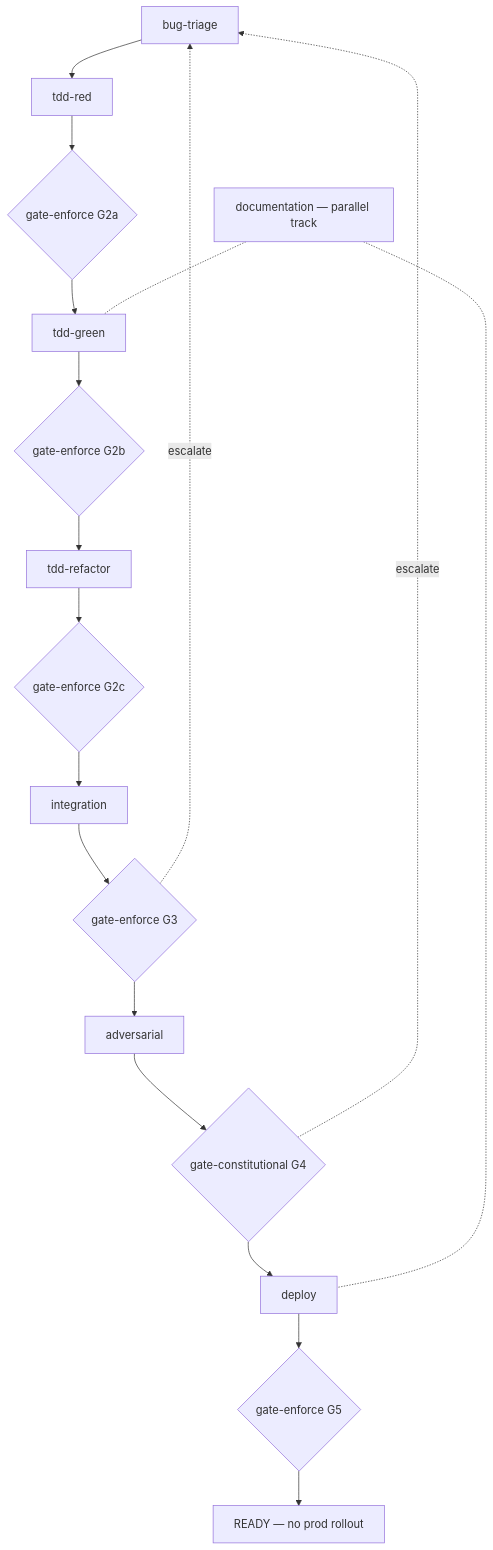
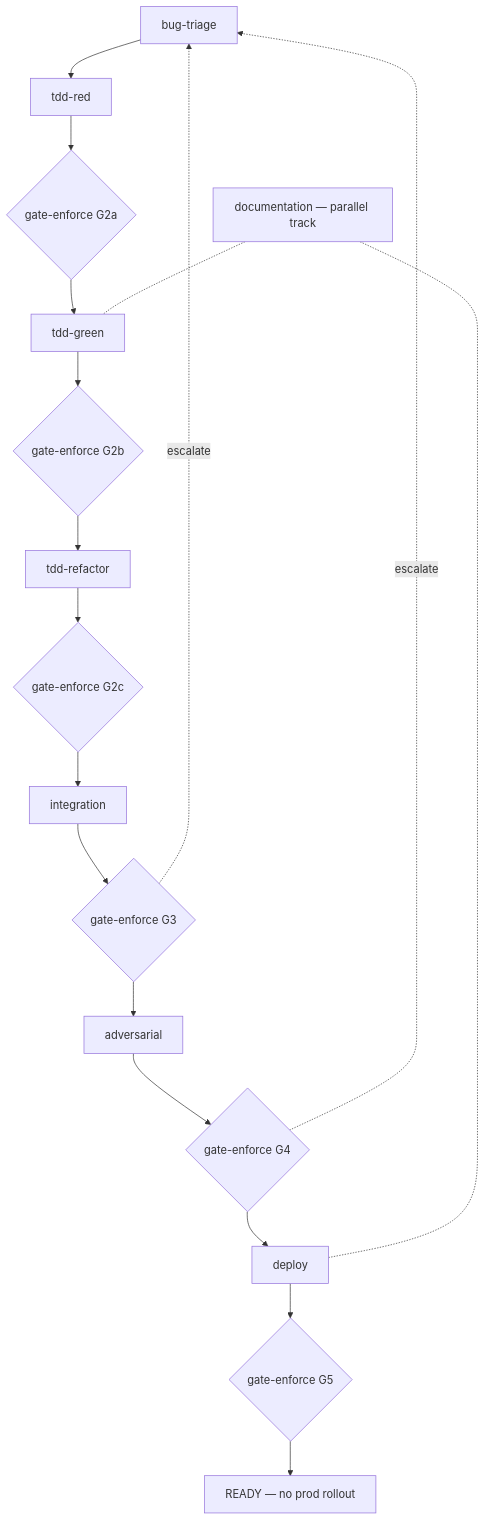
One commit to mark-satterfield/toolset changed the fourth of 4 diagrams in plugins/agent-teams-workforce/AGENT-TEAMS-WORKFORCE.md. Above: the diagram before and after it, drawn with Mermaid. The commit also changed other lines of this file and 67 other files, not shown here.

First line of the commit message:
docs(workforce): agent charters and pipeline docs match the trimmed workflows

````diff
--- a/plugins/agent-teams-workforce/AGENT-TEAMS-WORKFORCE.md
+++ b/plugins/agent-teams-workforce/AGENT-TEAMS-WORKFORCE.md
@@ -129,22 +127,22 @@
 ```mermaid
 graph TD
   TRI[bug-triage] --> RED[tdd-red]
   RED --> G_RED{gate-enforce G2a}
   G_RED --> GRN[tdd-green]
   GRN --> G_GRN{gate-enforce G2b}
   G_GRN --> REF[tdd-refactor]
   REF --> G_REF{gate-enforce G2c}
   G_REF --> INT[integration]
   INT --> G_INT{gate-enforce G3}
   G_INT --> ADV[adversarial]
-  ADV --> G_ADV{gate-constitutional G4}
+  ADV --> G_ADV{gate-enforce G4}
   G_ADV --> DEP[deploy]
   DEP --> G_DEP{gate-enforce G5}
   G_DEP --> READY[READY — no prod rollout]
 
   DOC[documentation — parallel track] -.- GRN
   DOC -.- DEP
 
   G_INT -. escalate .-> TRI
   G_ADV -. escalate .-> TRI
 ```
````
